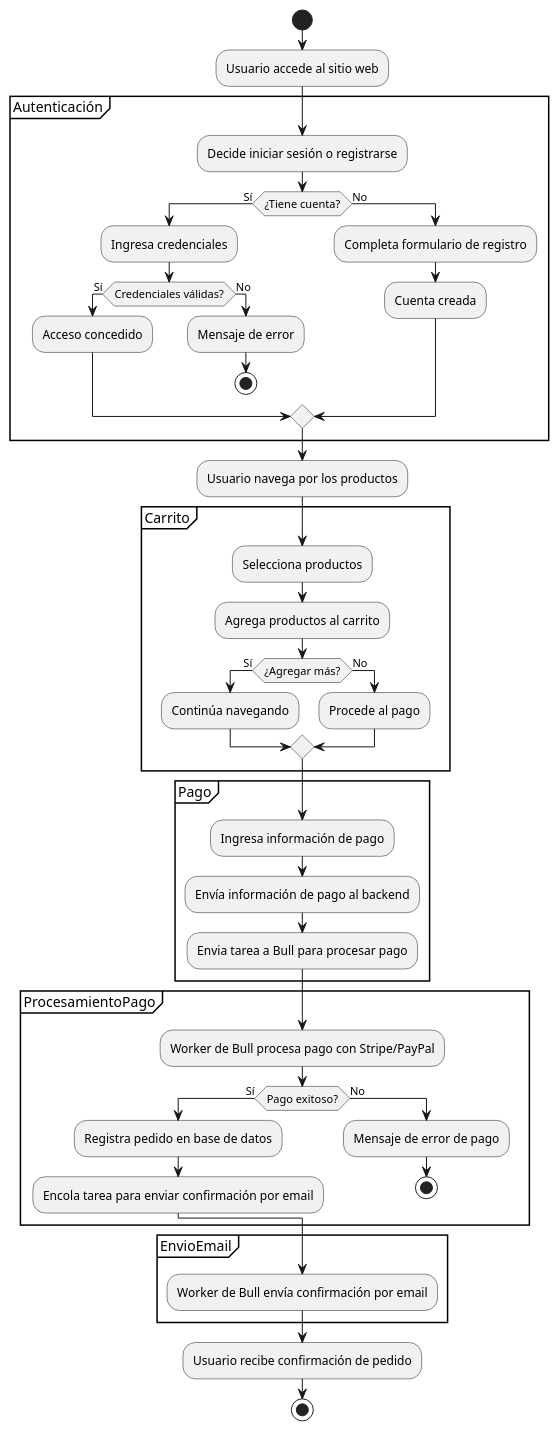
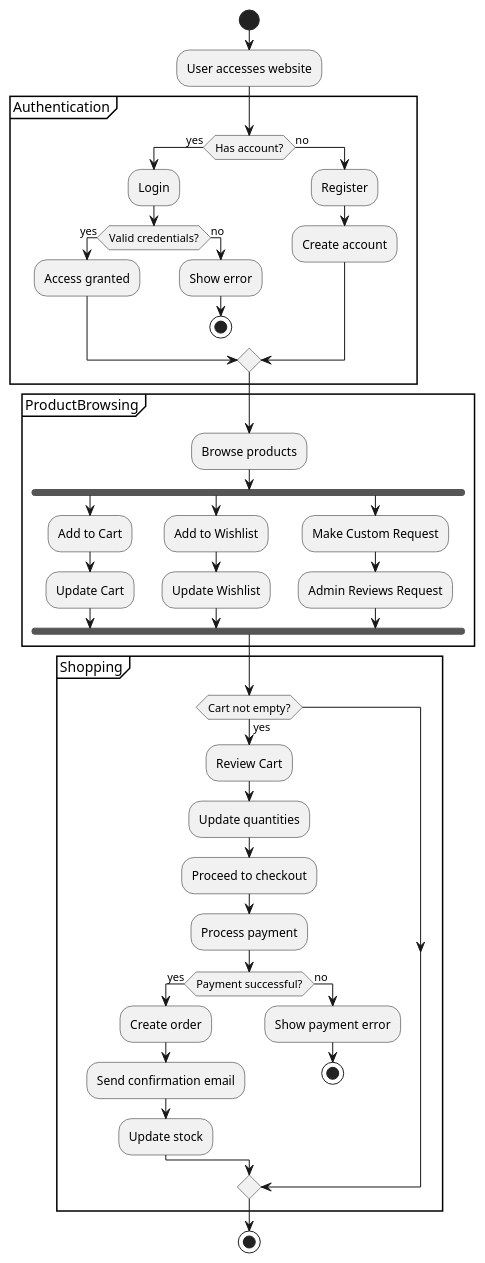
The diagram in doc/diagramas/actividades.puml (EngJuanSER/ArtesaniasBGA-2), drawn with PlantUML before and after one commit. The commit also changed 4 other files, not shown here.

Commit message:
Diagrams

```diff
--- a/doc/diagramas/actividades.puml
+++ b/doc/diagramas/actividades.puml
@@ -1,58 +1,53 @@
-@startuml DiagramaActividades
+@startuml
 start
 
-:Usuario accede al sitio web;
+:User accesses website;
 
-partition Autenticación {
-    :Decide iniciar sesión o registrarse;
-    if (¿Tiene cuenta?) then (Sí)
-        :Ingresa credenciales;
-        if (Credenciales válidas?) then (Sí)
-            :Acceso concedido;
-        else (No)
-            :Mensaje de error;
+partition Authentication {
+    if (Has account?) then (yes)
+        :Login;
+        if (Valid credentials?) then (yes)
+            :Access granted;
+        else (no)
+            :Show error;
             stop
         endif
-    else (No)
-        :Completa formulario de registro;
-        :Cuenta creada;
+    else (no)
+        :Register;
+        :Create account;
     endif
 }
 
-:Usuario navega por los productos;
+partition ProductBrowsing {
+    :Browse products;
+    fork
+        :Add to Cart;
+        :Update Cart;
+    fork again
+        :Add to Wishlist;
+        :Update Wishlist;
+    fork again
+        :Make Custom Request;
+        :Admin Reviews Request;
+    end fork
+}
 
-partition Carrito {
-    :Selecciona productos;
-    :Agrega productos al carrito;
-    if (¿Agregar más?) then (Sí)
-        :Continúa navegando;
-    else (No)
-        :Procede al pago;
+partition Shopping {
+    if (Cart not empty?) then (yes)
+        :Review Cart;
+        :Update quantities;
+        :Proceed to checkout;
+        :Process payment;
+        if (Payment successful?) then (yes)
+            :Create order;
+            :Send confirmation email;
+            :Update stock;
+        else (no)
+            :Show payment error;
+            stop
+        endif
     endif
 }
 
-partition Pago {
-    :Ingresa información de pago;
-    :Envía información de pago al backend;
-    :Envia tarea a Bull para procesar pago;
-}
-
-partition ProcesamientoPago {
-    :Worker de Bull procesa pago con Stripe/PayPal;
-    if (Pago exitoso?) then (Sí)
-        :Registra pedido en base de datos;
-        :Encola tarea para enviar confirmación por email;
-    else (No)
-        :Mensaje de error de pago;
-        stop
-    endif
-}
-
-partition EnvioEmail {
-    :Worker de Bull envía confirmación por email;
-}
-
-:Usuario recibe confirmación de pedido;
-
 stop
 @enduml
```
